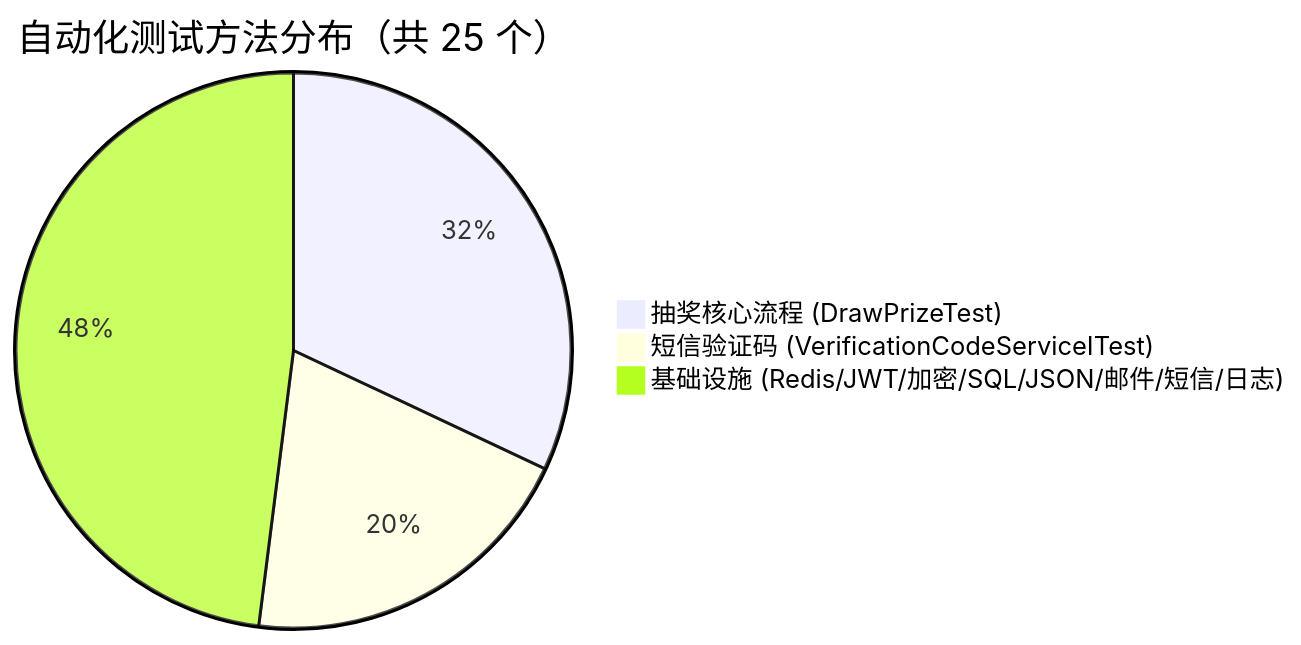
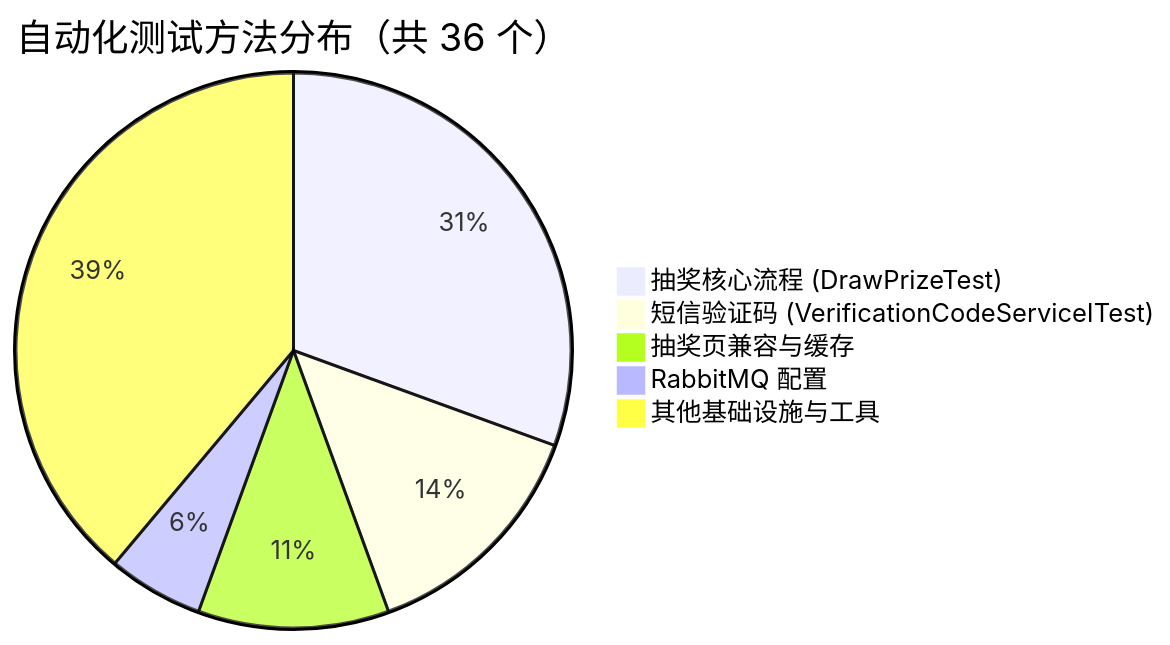
Before and after one commit to adamllll/lottery-system: the seventh of 8 diagrams in docs/lottery-system-test-report.md, drawn with Mermaid. The commit also changed other lines of this file and 3 other files, not shown here.

````diff
--- a/docs/lottery-system-test-report.md
+++ b/docs/lottery-system-test-report.md
@@ -792,6 +812,8 @@
 ```mermaid
-pie title 自动化测试方法分布（共 25 个）
-    "抽奖核心流程 (DrawPrizeTest)" : 8
+pie title 自动化测试方法分布（共 36 个）
+    "抽奖核心流程 (DrawPrizeTest)" : 11
     "短信验证码 (VerificationCodeServiceITest)" : 5
-    "基础设施 (Redis/JWT/加密/SQL/JSON/邮件/短信/日志)" : 12
+    "抽奖页兼容与缓存" : 4
+    "RabbitMQ 配置" : 2
+    "其他基础设施与工具" : 14
 ```
````
